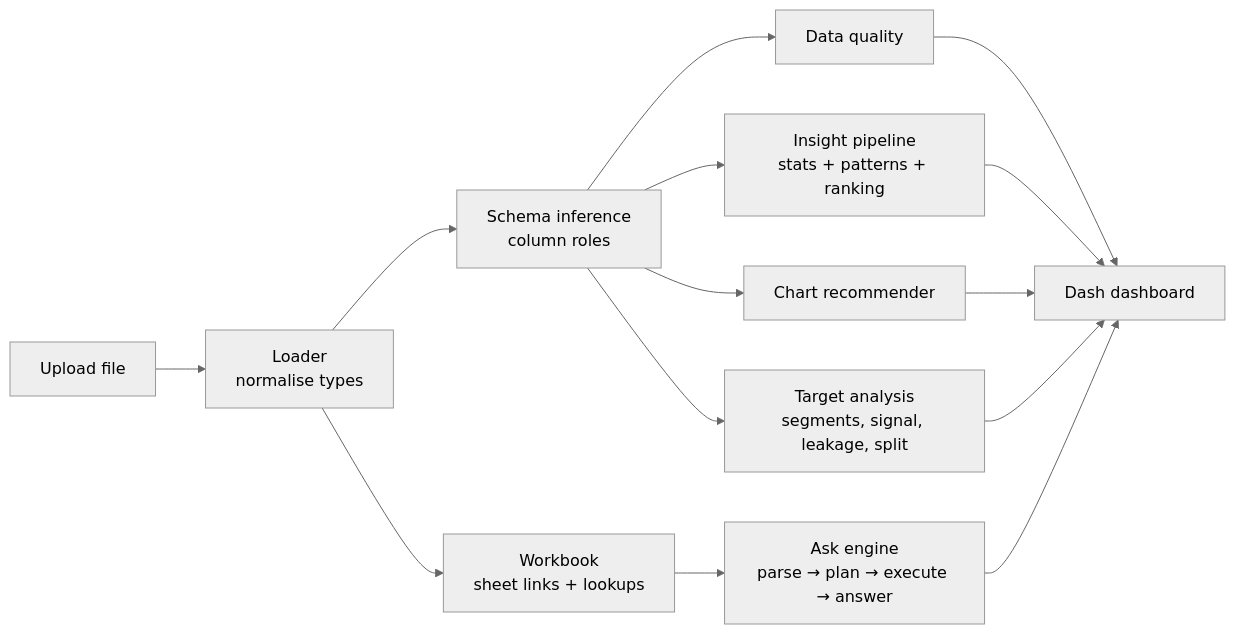
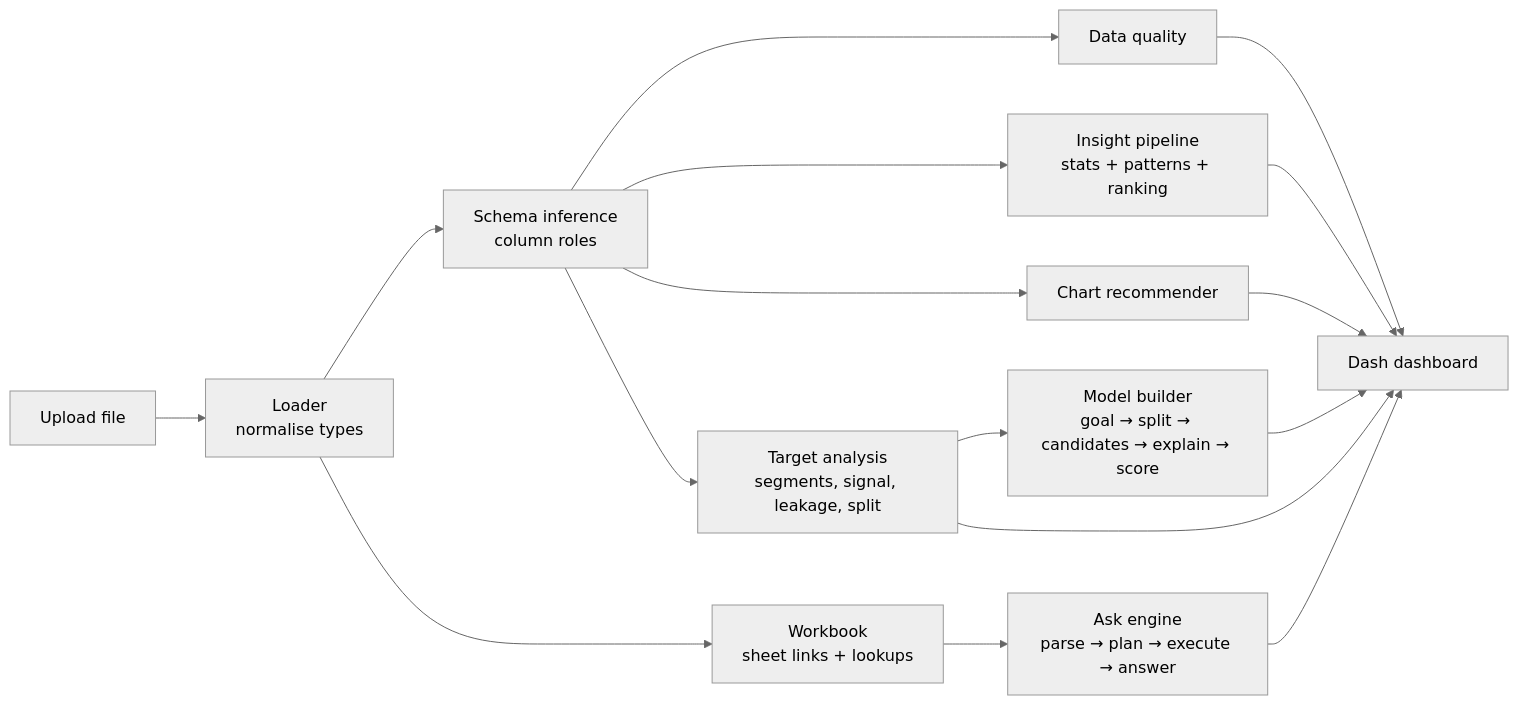
One commit to kulkarniDurvesh/ai-data-scientist-platform changed the diagram in README.md. Above: the diagram before and after it, drawn with Mermaid (neutral theme). The commit also changed other lines of this file and 22 other files, not shown here.

First line of the commit message:
Phase 3a: goal-driven model builder (Build model tab)

````diff
--- a/README.md
+++ b/README.md
@@ -127,12 +147,13 @@
 ```mermaid
 flowchart LR
     A[Upload file] --> B[Loader<br/>normalise types]
     B --> C[Schema inference<br/>column roles]
     C --> D[Data quality]
     C --> E[Insight pipeline<br/>stats + patterns + ranking]
     C --> F[Chart recommender]
     B --> W[Workbook<br/>sheet links + lookups]
     W --> Q[Ask engine<br/>parse → plan → execute → answer]
     C --> T[Target analysis<br/>segments, signal, leakage, split]
-    D & E & F & Q & T --> UI[Dash dashboard]
+    T --> M[Model builder<br/>goal → split → candidates → explain → score]
+    D & E & F & Q & T & M --> UI[Dash dashboard]
 ```
````
